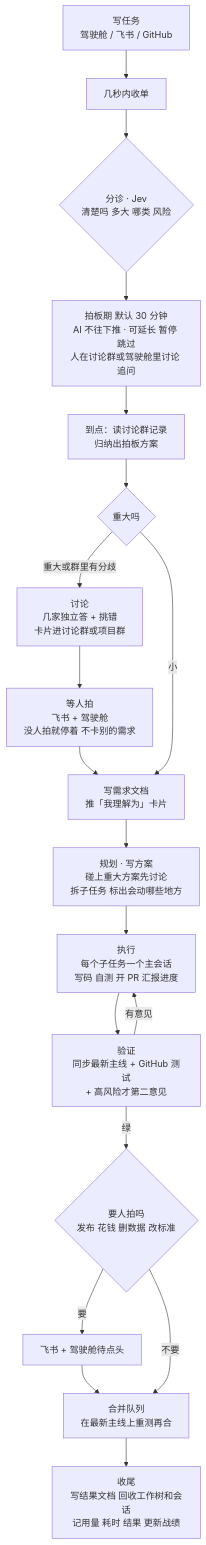
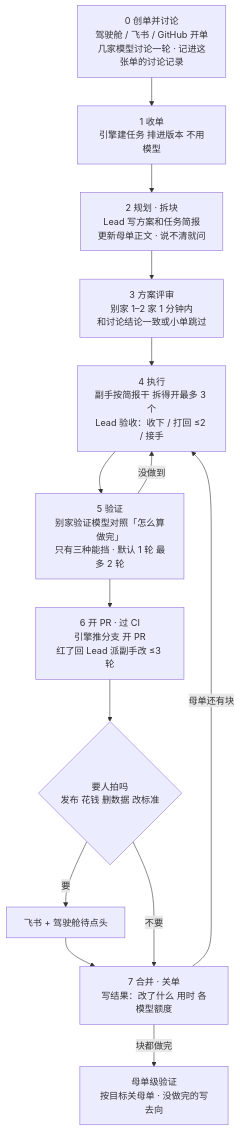
The second of 2 diagrams in docs/design.md (thoerwink8/fleet-dao), drawn with Mermaid before and after one commit. The commit also changed other lines of this file and 7 other files, not shown here.

````diff
--- a/docs/design.md
+++ b/docs/design.md
@@ -180,18 +182,15 @@
 ```mermaid
 flowchart TD
-  N[写任务<br/>驾驶舱 / 飞书 / GitHub] --> R[几秒内收单]
-  R --> TR{分诊 · Jev<br/>清楚吗 多大 哪类 风险}
-  TR --> W[拍板期 默认 30 分钟<br/>AI 不往下推 · 可延长 暂停 跳过<br/>人在讨论群或驾驶舱里讨论 追问]
-  W --> SUM[到点：读讨论群记录<br/>归纳出拍板方案]
-  SUM --> BIG{重大吗}
-  BIG -- 重大或群里有分歧 --> DI[讨论<br/>几家独立答 + 挑错<br/>卡片进讨论群或项目群] --> HB[等人拍<br/>飞书 + 驾驶舱<br/>没人拍就停着 不卡别的需求] --> S
-  BIG -- 小 --> S[写需求文档<br/>推「我理解为」卡片]
-  S --> P[规划 · 写方案<br/>碰上重大方案先讨论<br/>拆子任务 标出会动哪些地方]
-  P --> X[执行<br/>每个子任务一个主会话<br/>写码 自测 开 PR 汇报进度]
-  X --> V[验证<br/>同步最新主线 + GitHub 测试<br/>+ 高风险才第二意见]
-  V -- 有意见 --> X
-  V -- 绿 --> G{要人拍吗<br/>发布 花钱 删数据 改标准}
-  G -- 要 --> HN[飞书 + 驾驶舱待点头] --> MQ
-  G -- 不要 --> MQ[合并队列<br/>在最新主线上重测再合]
-  MQ --> C[收尾<br/>写结果文档 回收工作树和会话<br/>记用量 耗时 结果 更新战绩]
+  N[0 创单并讨论<br/>驾驶舱 / 飞书 / GitHub 开单<br/>几家模型讨论一轮 · 记进这张单的讨论记录] --> R[1 收单<br/>引擎建任务 排进版本 不用模型]
+  R --> P[2 规划 · 拆块<br/>Lead 写方案和任务简报<br/>更新母单正文 · 说不清就问]
+  P --> RV[3 方案评审<br/>别家 1–2 家 1 分钟内<br/>和讨论结论一致或小单跳过]
+  RV --> X[4 执行<br/>副手按简报干 拆得开最多 3 个<br/>Lead 验收：收下 / 打回 ≤2 / 接手]
+  X --> V[5 验证<br/>别家验证模型对照「怎么算做完」<br/>只有三种能挡 · 默认 1 轮 最多 2 轮]
+  V -- 没做到 --> X
+  V --> PR[6 开 PR · 过 CI<br/>引擎推分支 开 PR<br/>红了回 Lead 派副手改 ≤3 轮]
+  PR --> G{要人拍吗<br/>发布 花钱 删数据 改标准}
+  G -- 要 --> HN[飞书 + 驾驶舱待点头] --> M
+  G -- 不要 --> M[7 合并 · 关单<br/>写结果：改了什么 用时 各模型额度]
+  M -- 母单还有块 --> X
+  M -- 块都做完 --> MV[母单级验证<br/>按目标关母单 · 没做完的写去向]
 ```
````
